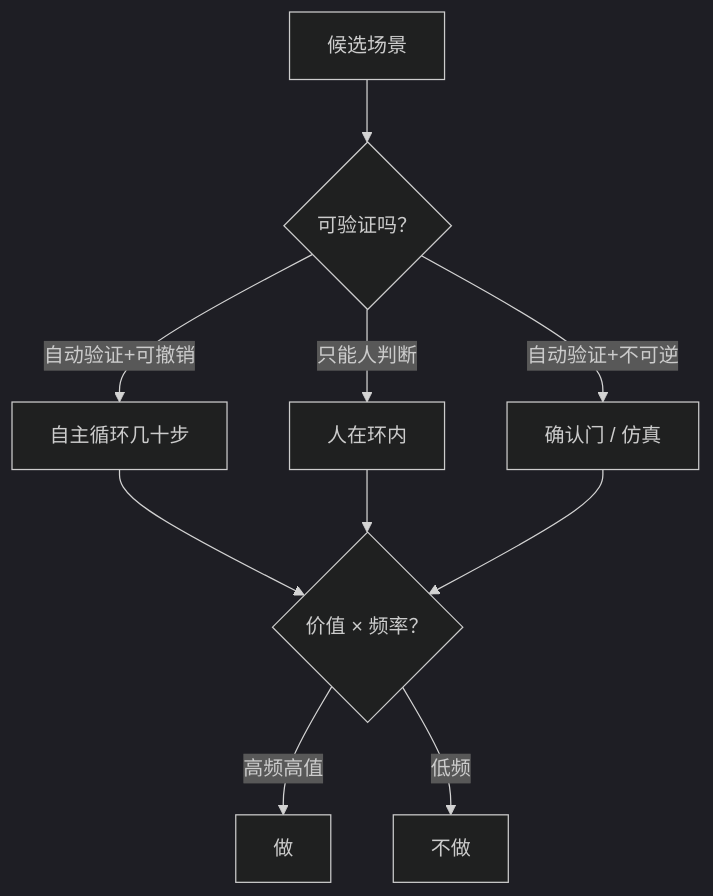
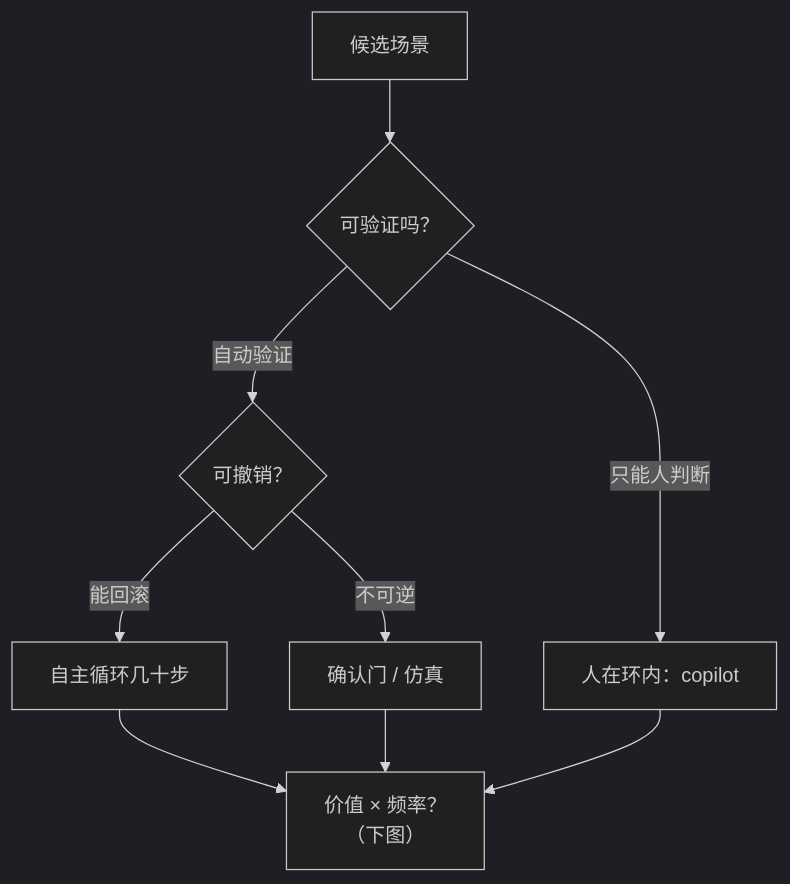
Before and after one commit to arganzheng/arganzheng.github.com: the second of 6 diagrams in slides/2026-11-20-product-and-experience.md, drawn with Mermaid (dark theme). The commit also changed other lines of this file, not shown here.

Commit message:
slides/product-and-experience: restore dropped mermaid nodes/branches (semantic audit) — split long flows to v sub-slides

````diff
--- a/slides/2026-11-20-product-and-experience.md
+++ b/slides/2026-11-20-product-and-experience.md
@@ -41,12 +41,11 @@
 ```mermaid
 %%{init: {"flowchart": {"wrappingWidth": 480}}}%%
 flowchart TB
     S["候选场景"] --> D1{"可验证吗？"}
-    D1 -- "自动验证+可撤销" --> AUTO["自主循环几十步"]
-    D1 -- "只能人判断" --> H["人在环内"]
-    D1 -- "自动验证+不可逆" --> GATE["确认门 / 仿真"]
-    AUTO & H & GATE --> W{"价值 × 频率？"}
-    W -- "高频高值" --> GO["做"]
-    W -- "低频" --> NO["不做"]
+    D1 -- "自动验证" --> D2{"可撤销？"}
+    D1 -- "只能人判断" --> H["人在环内：copilot"]
+    D2 -- "能回滚" --> AUTO["自主循环几十步"]
+    D2 -- "不可逆" --> GATE["确认门 / 仿真"]
+    AUTO & H & GATE --> W["价值 × 频率？<br/>（下图）"]
 
 ```
````
